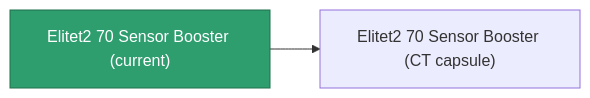
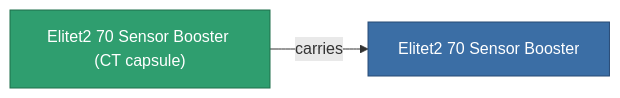
Before and after one commit to OpenPerpetuum/Wiki: the diagram in content/content/items/elitet2_70_sensor_booster.md, drawn with Mermaid. The commit also changed other lines of this file and 2015 other files, not shown here.

````diff
--- a/content/content/items/elitet2_70_sensor_booster.md
+++ b/content/content/items/elitet2_70_sensor_booster.md
@@ -37,8 +37,9 @@
 ```mermaid
 graph LR
-    a["Elitet2 70 Sensor Booster (current)"]:::current
-    b["Elitet2 70 Sensor Booster (CT capsule)"]
-    a --> b
-    click b "/content/items/elitet2-70-sensor-booster-ct-capsule/" "Elitet2 70 Sensor Booster (CT capsule)"
+    a["Elitet2 70 Sensor Booster (CT capsule)"]:::current
+    b["Elitet2 70 Sensor Booster"]:::finished
+    a -->|carries| b
+                click b "/content/items/elitet2-70-sensor-booster/" "Elitet2 70 Sensor Booster"
     classDef current fill:#2f9e6f,stroke:#1f6f4a,color:#ffffff
+    classDef finished fill:#3b6ea5,stroke:#274a75,color:#ffffff
 ```
````
